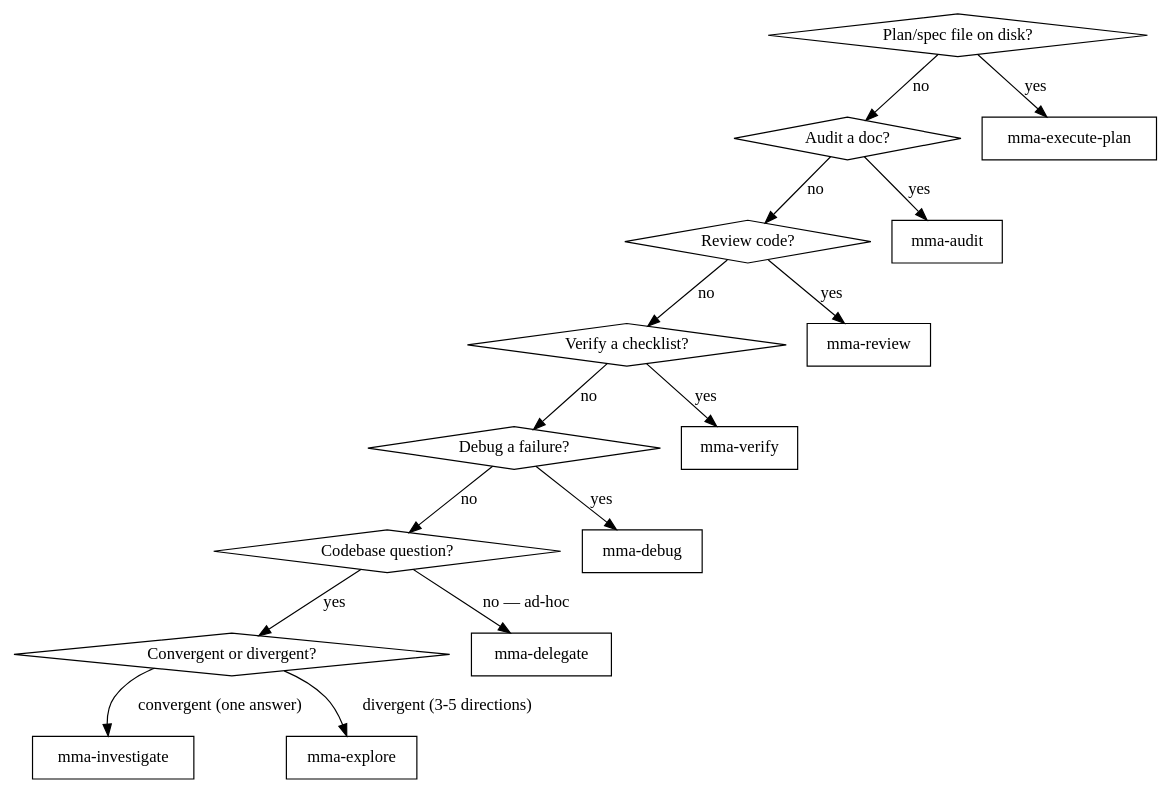
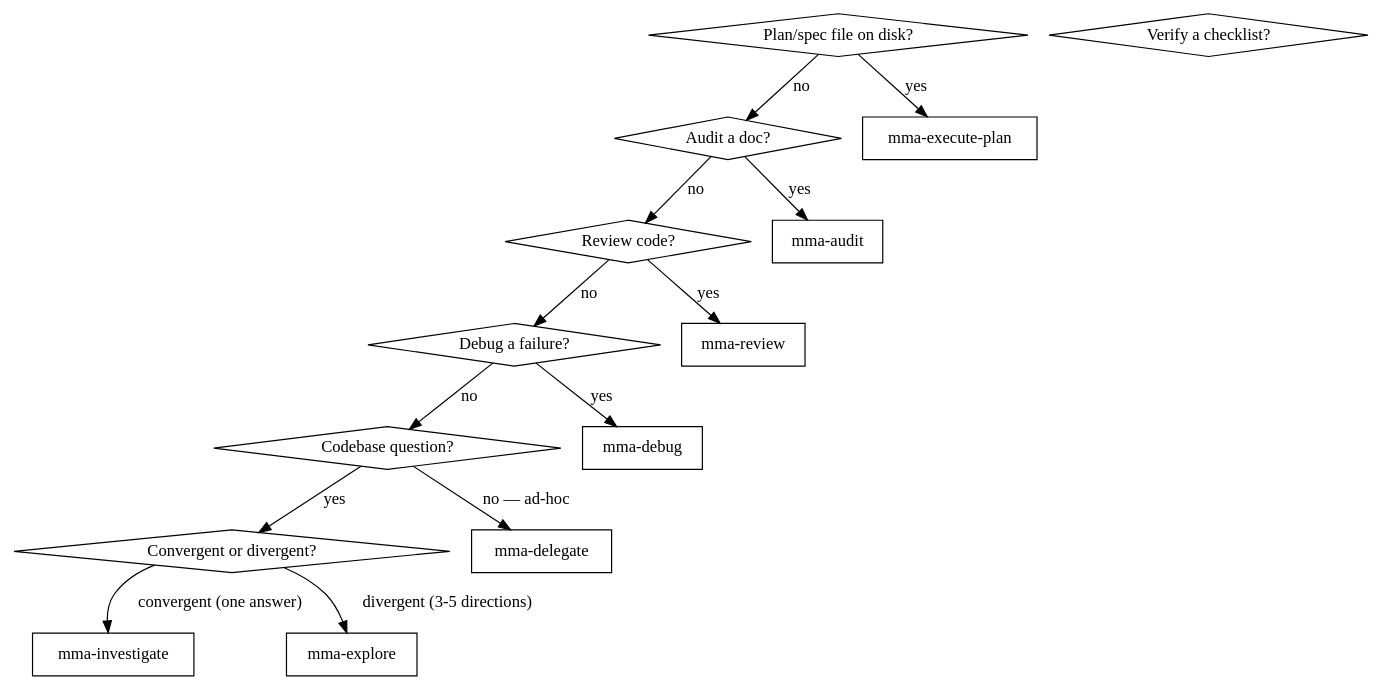
Before and after one commit to zhixuan312/multi-model-agent: the diagram in packages/server/src/skills/multi-model-agent/SKILL.md, drawn with Graphviz. The commit also changed other lines of this file and 60 other files, not shown here.

````diff
--- a/packages/server/src/skills/multi-model-agent/SKILL.md
+++ b/packages/server/src/skills/multi-model-agent/SKILL.md
@@ -18,34 +18,31 @@
 ```dot
 digraph picker {
     "Plan/spec file on disk?" [shape=diamond];
     "Audit a doc?" [shape=diamond];
     "Review code?" [shape=diamond];
     "Verify a checklist?" [shape=diamond];
     "Debug a failure?" [shape=diamond];
     "Codebase question?" [shape=diamond];
     "Convergent or divergent?" [shape=diamond];
     "mma-execute-plan" [shape=box];
     "mma-audit" [shape=box];
     "mma-review" [shape=box];
-    "mma-verify" [shape=box];
     "mma-debug" [shape=box];
     "mma-investigate" [shape=box];
     "mma-explore" [shape=box];
     "mma-delegate" [shape=box];
 
     "Plan/spec file on disk?" -> "mma-execute-plan" [label="yes"];
     "Plan/spec file on disk?" -> "Audit a doc?" [label="no"];
     "Audit a doc?" -> "mma-audit" [label="yes"];
     "Audit a doc?" -> "Review code?" [label="no"];
     "Review code?" -> "mma-review" [label="yes"];
-    "Review code?" -> "Verify a checklist?" [label="no"];
-    "Verify a checklist?" -> "mma-verify" [label="yes"];
-    "Verify a checklist?" -> "Debug a failure?" [label="no"];
+    "Review code?" -> "Debug a failure?" [label="no"];
     "Debug a failure?" -> "mma-debug" [label="yes"];
     "Debug a failure?" -> "Codebase question?" [label="no"];
     "Codebase question?" -> "Convergent or divergent?" [label="yes"];
     "Codebase question?" -> "mma-delegate" [label="no — ad-hoc"];
     "Convergent or divergent?" -> "mma-investigate" [label="convergent (one answer)"];
     "Convergent or divergent?" -> "mma-explore" [label="divergent (3-5 directions)"];
 }
 ```
````
